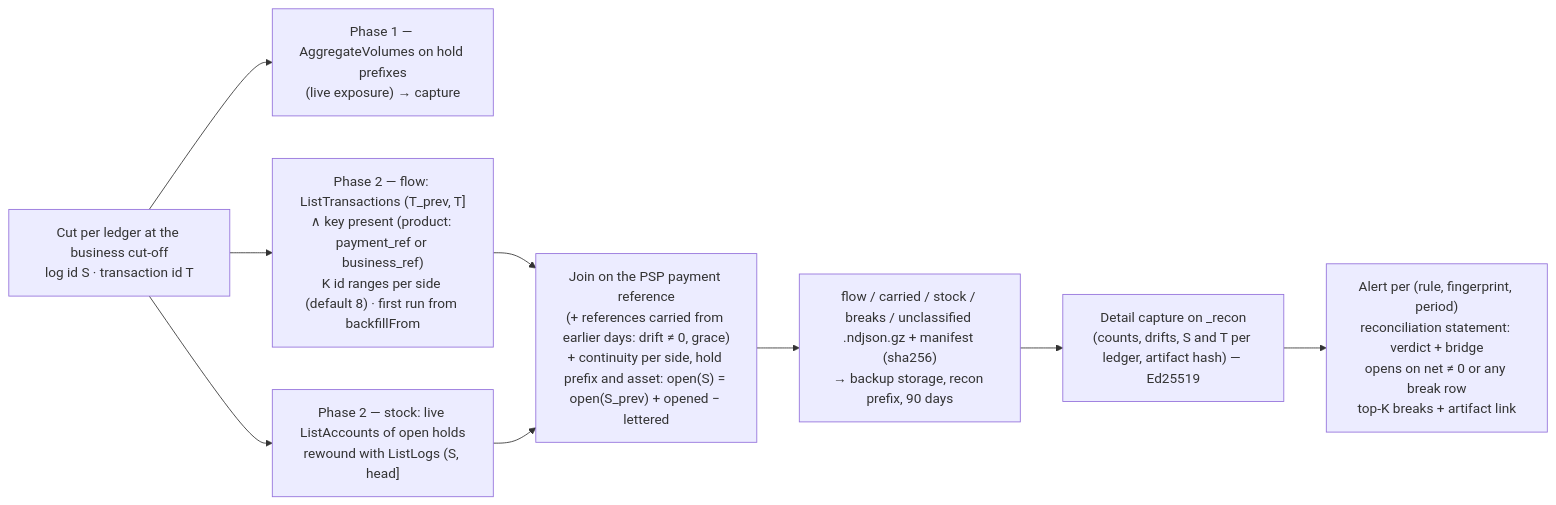
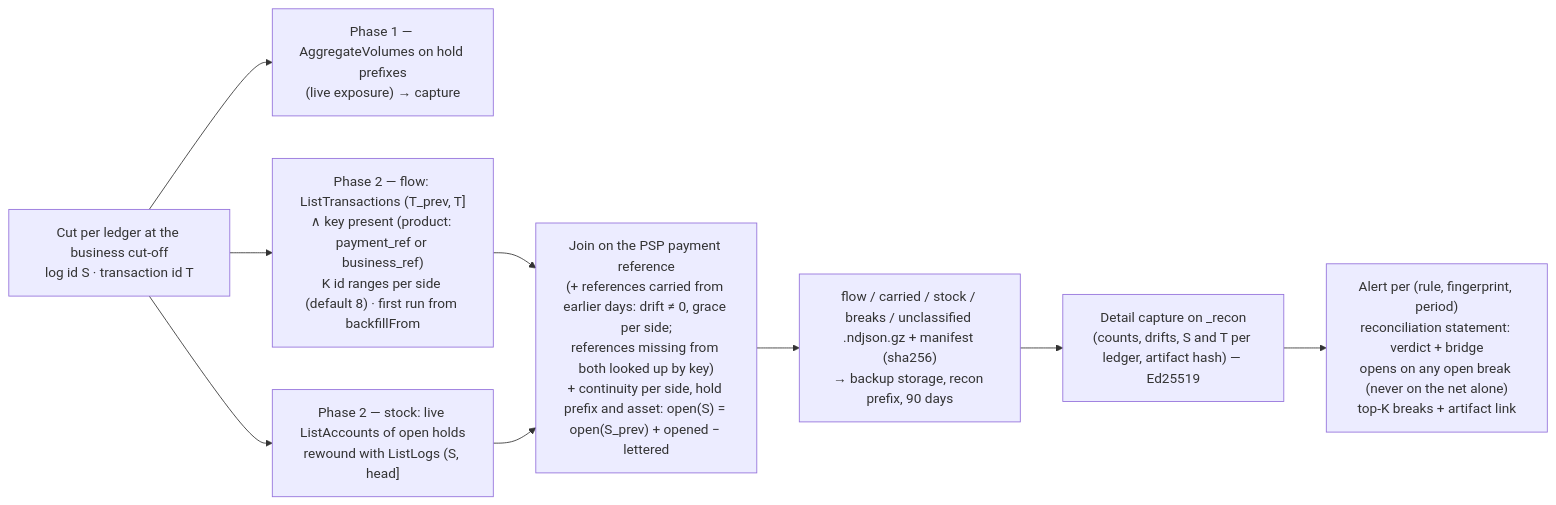
The ninth of 9 diagrams in docs/technical/workflows.md (formancehq/reconciliation), drawn with Mermaid before and after one commit. The commit also changed 2 other files, not shown here.

````diff
--- a/docs/technical/workflows.md
+++ b/docs/technical/workflows.md
@@ -326,11 +326,11 @@
 ```mermaid
 flowchart LR
     Cut["Cut per ledger at the business cut-off<br/>log id S · transaction id T"] --> Agg["Phase 1 — AggregateVolumes on hold prefixes<br/>(live exposure) → capture"]
     Cut --> Flow["Phase 2 — flow: ListTransactions (T_prev, T]<br/>∧ key present (product: payment_ref or business_ref)<br/>K id ranges per side (default 8) · first run from backfillFrom"]
     Cut --> Stock["Phase 2 — stock: live ListAccounts of open holds<br/>rewound with ListLogs (S, head]"]
-    Flow --> Join["Join on the PSP payment reference<br/>(+ references carried from earlier days: drift ≠ 0, grace)<br/>+ continuity per side, hold prefix and asset: open(S) = open(S_prev) + opened − lettered"]
+    Flow --> Join["Join on the PSP payment reference<br/>(+ references carried from earlier days: drift ≠ 0, grace per side;<br/>references missing from both looked up by key)<br/>+ continuity per side, hold prefix and asset: open(S) = open(S_prev) + opened − lettered"]
     Stock --> Join
     Join --> Art["flow / carried / stock / breaks / unclassified .ndjson.gz + manifest (sha256)<br/>→ backup storage, recon prefix, 90 days"]
     Art --> Cap["Detail capture on _recon<br/>(counts, drifts, S and T per ledger, artifact hash) — Ed25519"]
-    Cap --> Alert["Alert per (rule, fingerprint, period)<br/>reconciliation statement: verdict + bridge<br/>opens on net ≠ 0 or any break row<br/>top-K breaks + artifact link"]
+    Cap --> Alert["Alert per (rule, fingerprint, period)<br/>reconciliation statement: verdict + bridge<br/>opens on any open break (never on the net alone)<br/>top-K breaks + artifact link"]
 ```
````
